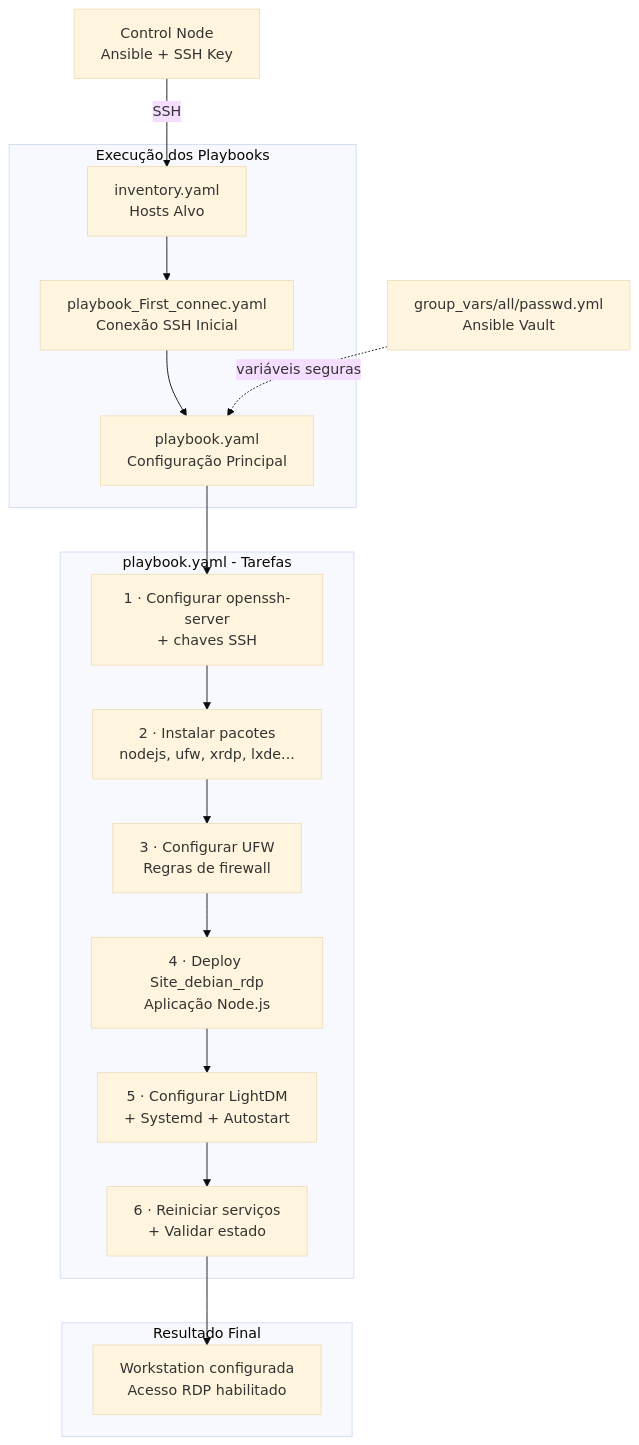
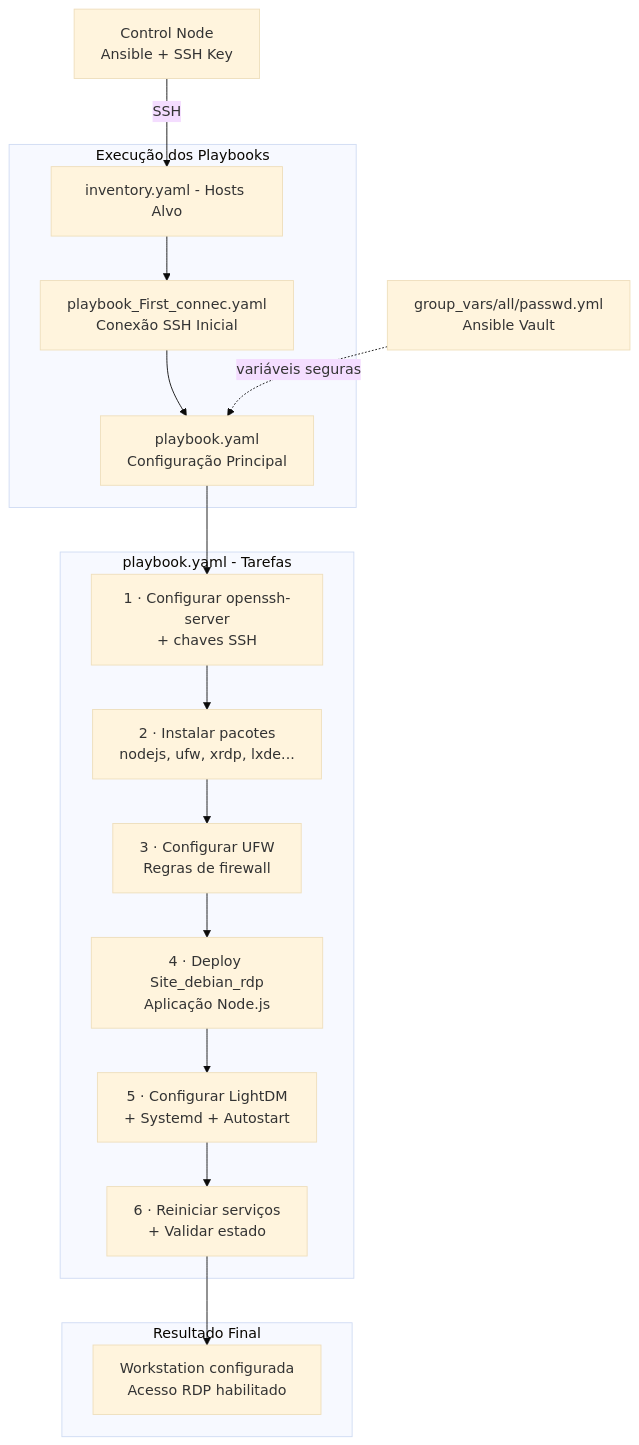
One commit to Theo-Panella/Project_AOC changed the diagram in README.md. Above: the diagram before and after it, drawn with Mermaid (base theme).

````diff
--- a/README.md
+++ b/README.md
@@ -14,24 +14,24 @@
 ```mermaid
 flowchart TD
-    A[Control Node\nAnsible + SSH Key] -->|SSH| B[inventory.yaml\nHosts Alvo]
+    A[Control Node\nAnsible + SSH Key] -->|SSH| B[inventory.yaml - Hosts Alvo]
 
     subgraph Execução dos Playbooks
         B --> C[playbook_First_connec.yaml\nConexão SSH Inicial]
         C --> D[playbook.yaml\nConfiguração Principal]
     end
 
     subgraph playbook.yaml - Tarefas
         D --> E[1 · Configurar openssh-server\n+ chaves SSH]
         E --> F[2 · Instalar pacotes\nnodejs, ufw, xrdp, lxde...]
         F --> G[3 · Configurar UFW\nRegras de firewall]
         G --> H[4 · Deploy Site_debian_rdp\nAplicação Node.js]
         H --> I[5 · Configurar LightDM\n+ Systemd + Autostart]
         I --> J[6 · Reiniciar serviços\n+ Validar estado]
     end
 
     subgraph Resultado Final
         J --> K[Workstation configurada\nAcesso RDP habilitado]
     end
 
     L[group_vars/all/passwd.yml\nAnsible Vault] -.->|variáveis seguras| D
 ```
````
